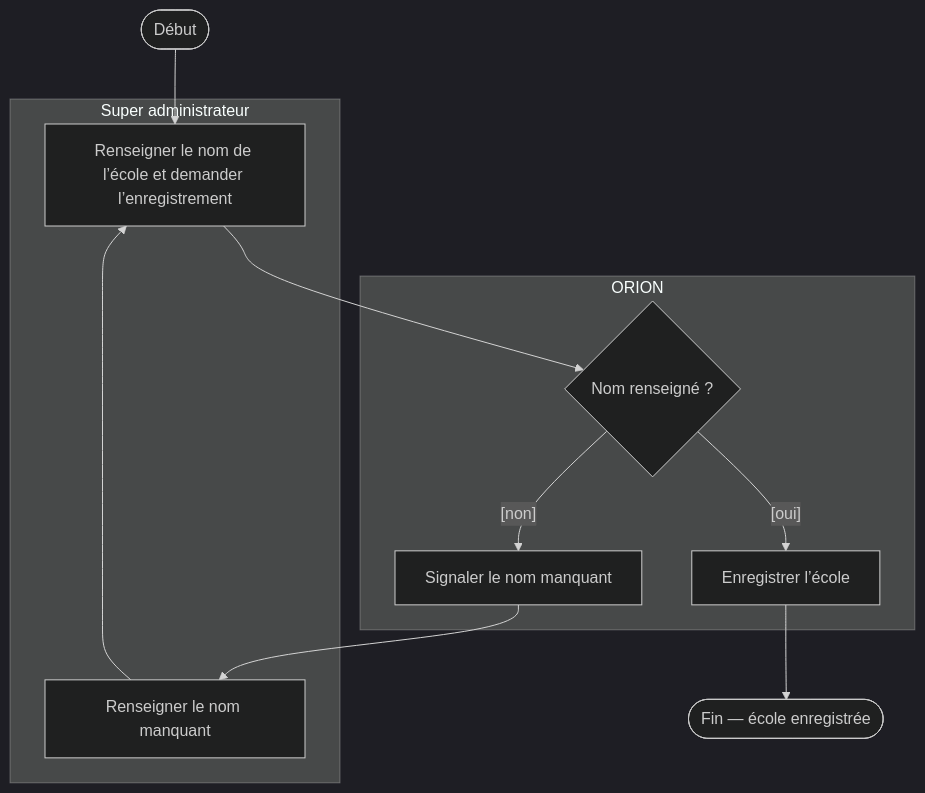
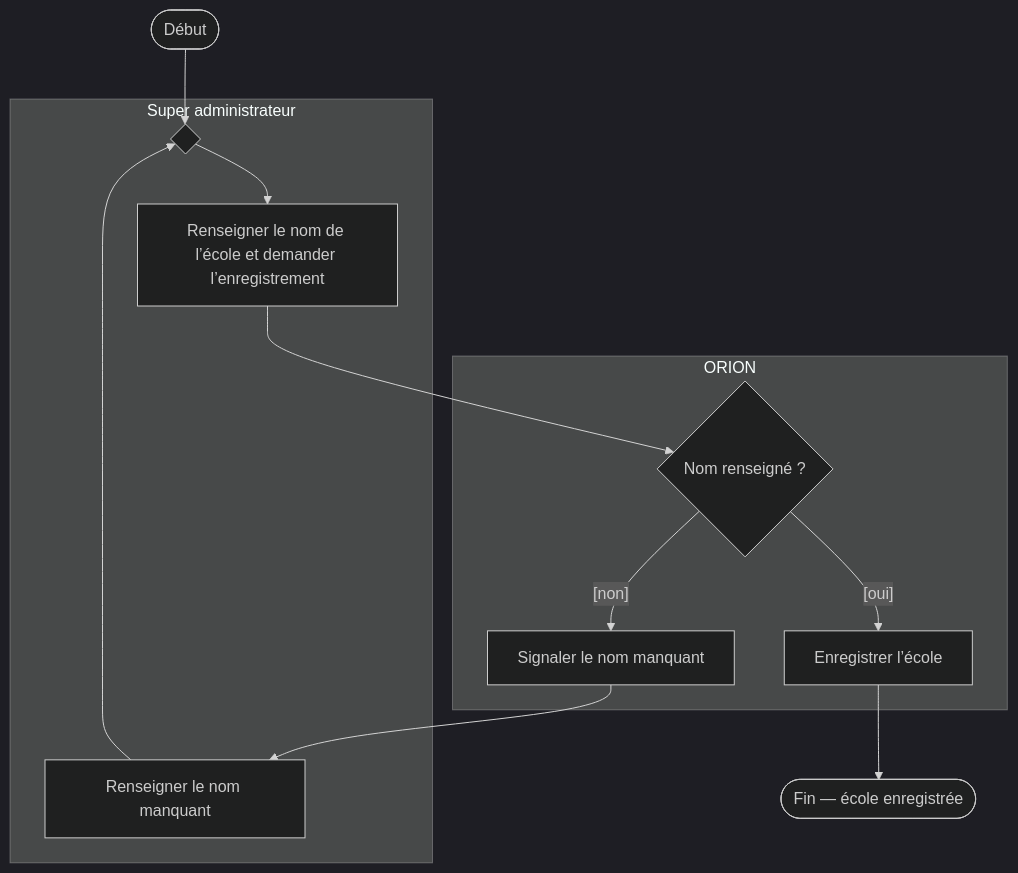
Before and after one commit to bpierrelouis/aster: diagram 18 of 19 in docs/02-ANALYSE/02-CAPTURE-DES-BESOINS/08-DIAGRAMMES-ACTIVITE-CAS-UTILISATION.md, drawn with Mermaid (dark theme). The commit also changed other lines of this file and 34 other files, not shown here.

First line of the commit message:
docs(diagrammes): aligner les diagrammes UML sur le code et les remettre en page

````diff
--- a/docs/02-ANALYSE/02-CAPTURE-DES-BESOINS/08-DIAGRAMMES-ACTIVITE-CAS-UTILISATION.md
+++ b/docs/02-ANALYSE/02-CAPTURE-DES-BESOINS/08-DIAGRAMMES-ACTIVITE-CAS-UTILISATION.md
@@ -579,20 +610,21 @@
 ```mermaid
 flowchart TD
     debut(["Début"])
     fin(["Fin — école enregistrée"])
 
     subgraph ACTEUR["Super administrateur"]
+        fusionSaisie{" "}
         saisie["Renseigner le nom de l’école et demander l’enregistrement"]
         correction["Renseigner le nom manquant"]
     end
 
     subgraph SYSTEME["ORION"]
         nomPresent{"Nom renseigné ?"}
         erreurs["Signaler le nom manquant"]
         enregistrer["Enregistrer l’école"]
     end
 
-    debut --> saisie --> nomPresent
-    nomPresent -->|"[non]"| erreurs --> correction --> saisie
+    debut --> fusionSaisie --> saisie --> nomPresent
+    nomPresent -->|"[non]"| erreurs --> correction --> fusionSaisie
     nomPresent -->|"[oui]"| enregistrer --> fin
 ```
````
